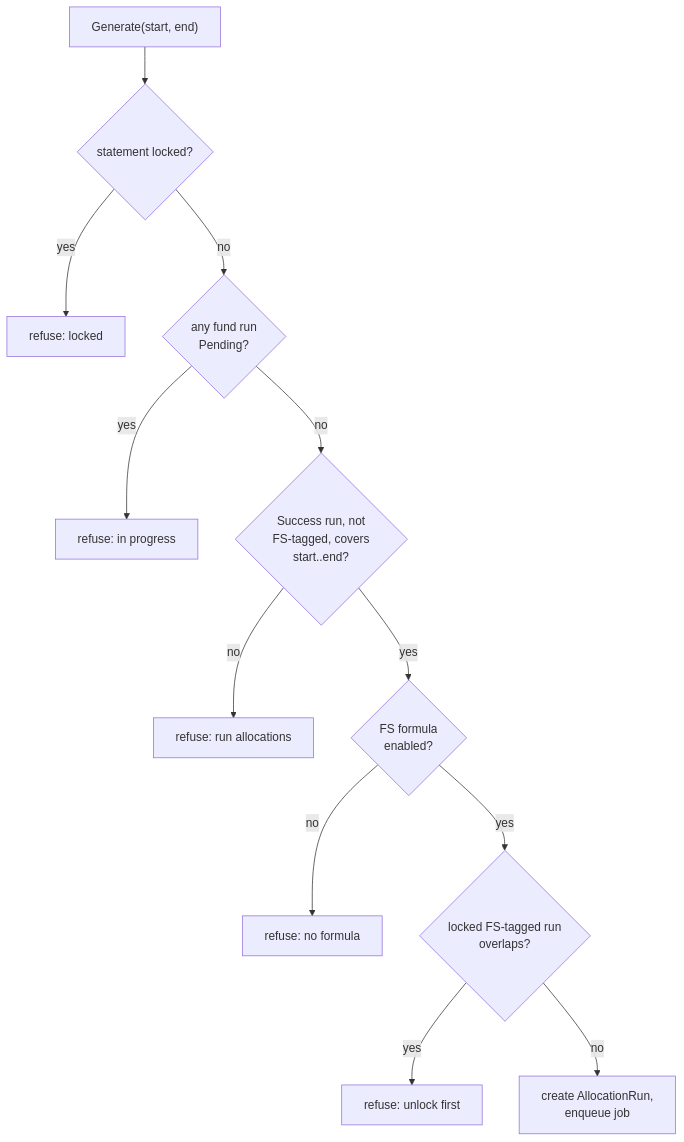
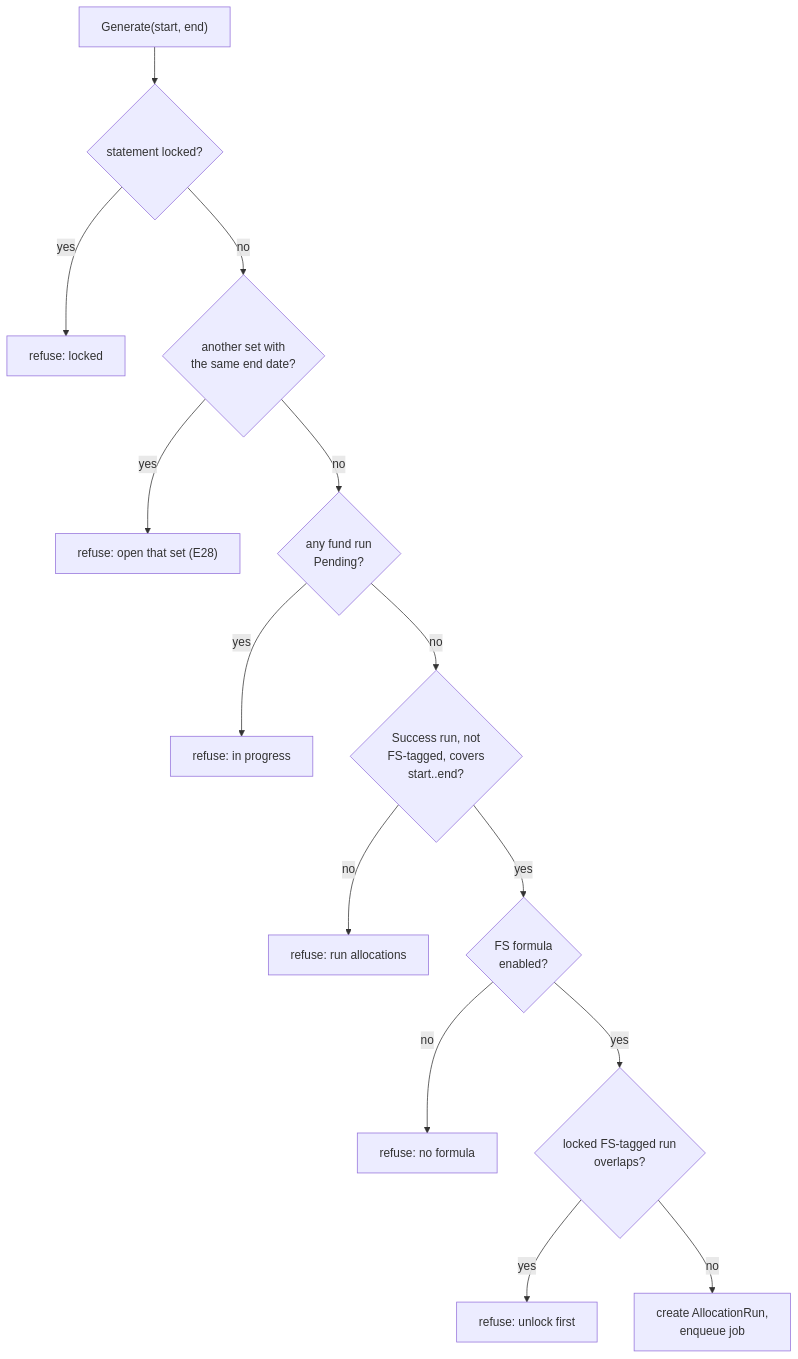
One commit to sampadadiwan/IRM_CompanyMain changed diagram 13 of 16 in openspec/changes/fund-financial-statements/design.md. Above: the diagram before and after it, drawn with Mermaid. The commit also changed other lines of this file and 104 other files, not shown here.

````diff
--- a/openspec/changes/fund-financial-statements/design.md
+++ b/openspec/changes/fund-financial-statements/design.md
@@ -543,14 +899,16 @@
 ```mermaid
 flowchart TD
     G["Generate(start, end)"] --> L{"statement locked?"}
     L -- "yes" --> X3["refuse: locked"]
-    L -- "no" --> P{"any fund run<br/>Pending?"}
+    L -- "no" --> D{"another set with<br/>the same end date?"}
+    D -- "yes" --> X28["refuse: open that set (E28)"]
+    D -- "no" --> P{"any fund run<br/>Pending?"}
     P -- "yes" --> X2["refuse: in progress"]
     P -- "no" --> A{"Success run, not<br/>FS-tagged, covers<br/>start..end?"}
     A -- "no" --> X1["refuse: run allocations"]
     A -- "yes" --> F{"FS formula<br/>enabled?"}
     F -- "no" --> X15["refuse: no formula"]
     F -- "yes" --> K{"locked FS-tagged run<br/>overlaps?"}
     K -- "yes" --> X16["refuse: unlock first"]
     K -- "no" --> OK["create AllocationRun,<br/>enqueue job"]
 ```
````
